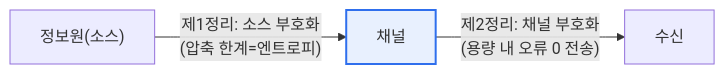
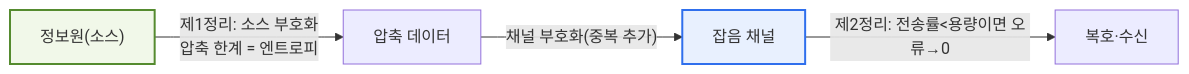
One commit to coninggu/wjdqhrhksflrltnftk changed the first of 2 diagrams in content/shannon-theory.md. Above: the diagram before and after it, drawn with Mermaid. The commit also changed other lines of this file and 3 other files, not shown here.

````diff
--- a/content/shannon-theory.md
+++ b/content/shannon-theory.md
@@ -15,6 +30,8 @@
 ```mermaid
 flowchart LR
-  S["정보원(소스)"] -->|"제1정리: 소스 부호화<br/>(압축 한계=엔트로피)"| C["채널"]
-  C -->|"제2정리: 채널 부호화<br/>(용량 내 오류 0 전송)"| D["수신"]
+  S["정보원(소스)"] -->|"제1정리: 소스 부호화<br/>압축 한계 = 엔트로피"| E["압축 데이터"]
+  E -->|"채널 부호화(중복 추가)"| C["잡음 채널"]
+  C -->|"제2정리: 전송률<용량이면 오류→0"| D["복호·수신"]
   style C fill:#e8f0fe,stroke:#2f6fed,stroke-width:2px
+  style S fill:#f1f8e9,stroke:#558b2f,stroke-width:2px
 ```
````
